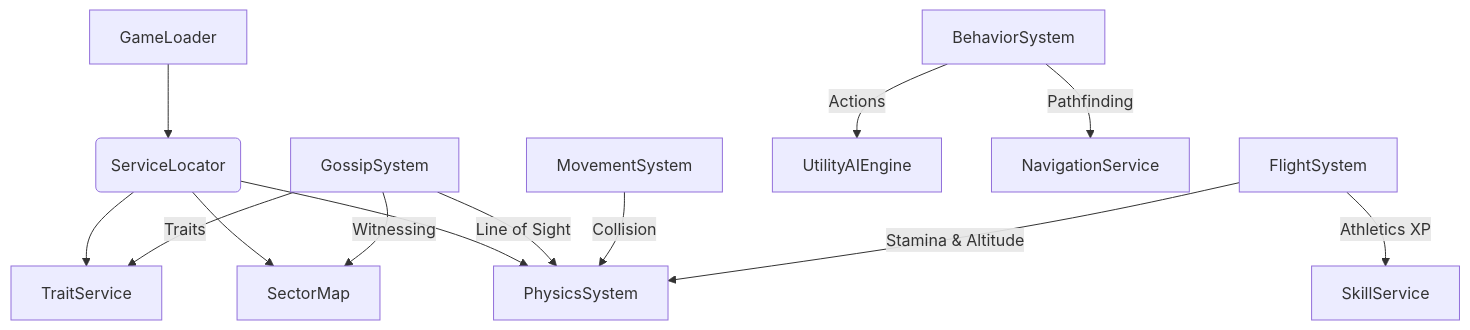
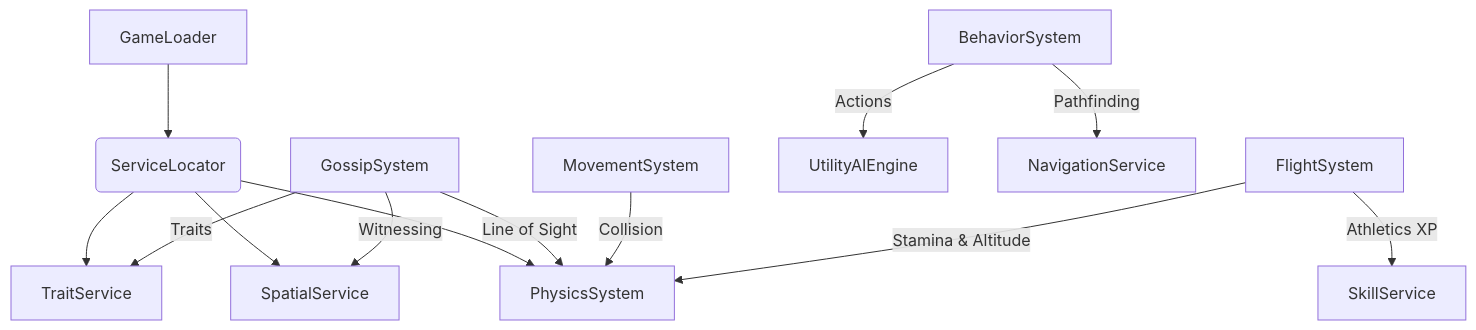
Before and after one commit to I-Have-No-Idea-What-IAmDoing/Vibecoded_Yukkuri_Game: the diagram in docs/SYSTEMS_OVERVIEW.md, drawn with Mermaid. The commit also changed other lines of this file and 26 other files, not shown here.

````diff
--- a/docs/SYSTEMS_OVERVIEW.md
+++ b/docs/SYSTEMS_OVERVIEW.md
@@ -15,19 +15,19 @@
 ```mermaid
 graph TD
     A[GameLoader] --> B(ServiceLocator)
     B --> C[PhysicsSystem]
-    B --> D[SectorMap]
+    B --> D[SpatialService]
     B --> E[TraitService]
     
     F[GossipSystem] -->|Witnessing| D
     F -->|Line of Sight| C
     F -->|Traits| E
     
     G[MovementSystem] -->|Collision| C
     
     H[BehaviorSystem] -->|Actions| I[UtilityAIEngine]
     H -->|Pathfinding| J[NavigationService]
 
     K[FlightSystem] -->|Stamina & Altitude| C
     K -->|Athletics XP| L[SkillService]
 ```
````
